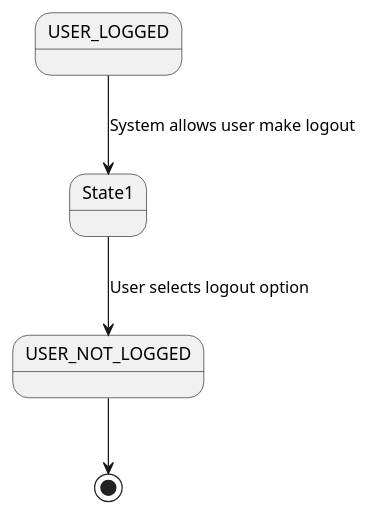
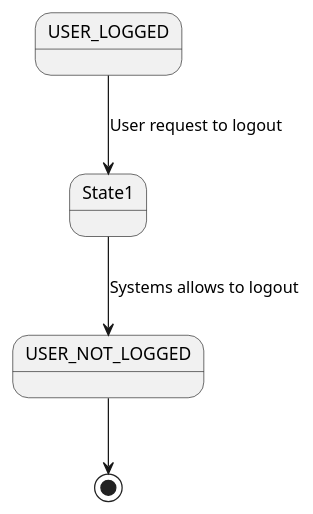
The fifth of 7 diagrams in index.adoc (nataliacasanova/analesdelaciencia), drawn with PlantUML before and after one commit. The commit also changed other lines of this file and 33 other files, not shown here.

```diff
--- a/index.adoc
+++ b/index.adoc
@@ -184,8 +187,8 @@
 [plantuml, logoutUseCase, svg]
 ....
-USER_LOGGED -down-> State1 : System allows user make logout
+USER_LOGGED -down-> State1 : User request to logout
 
-State1 --> USER_NOT_LOGGED : User selects logout option
+State1 --> USER_NOT_LOGGED : Systems allows to logout
 
 USER_NOT_LOGGED --> [*]
 ....
```
